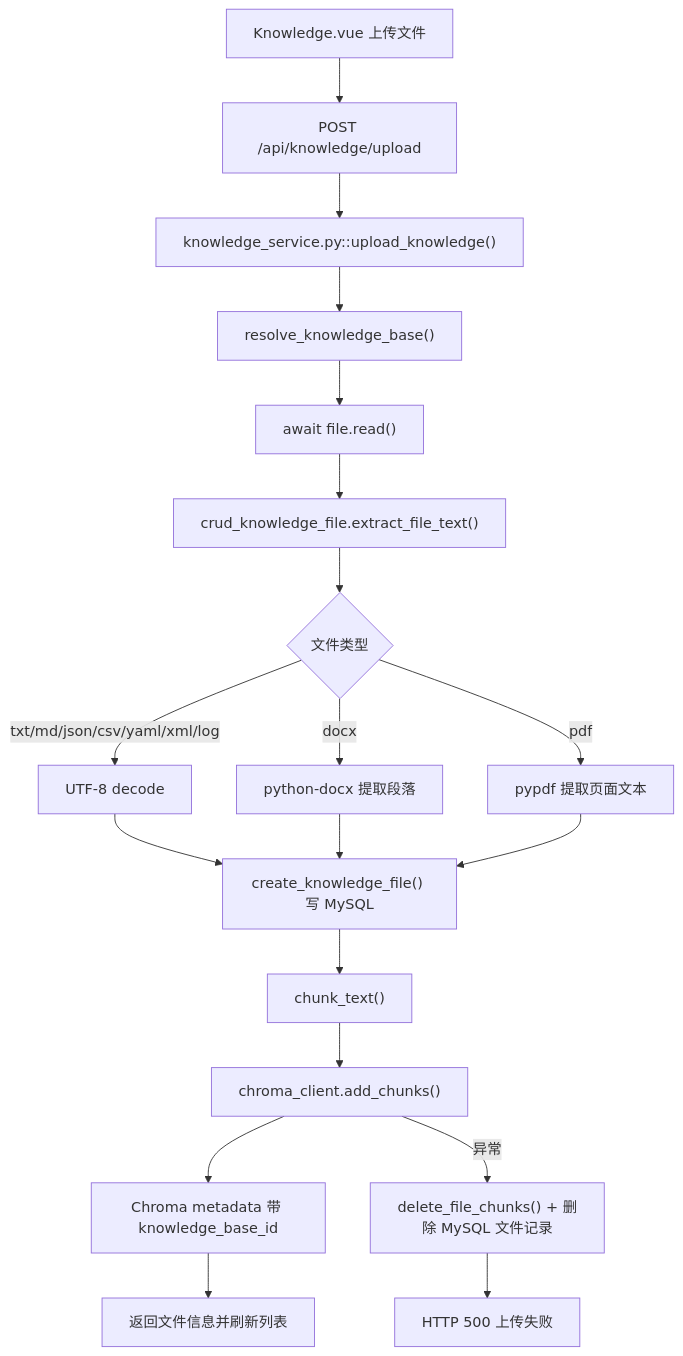
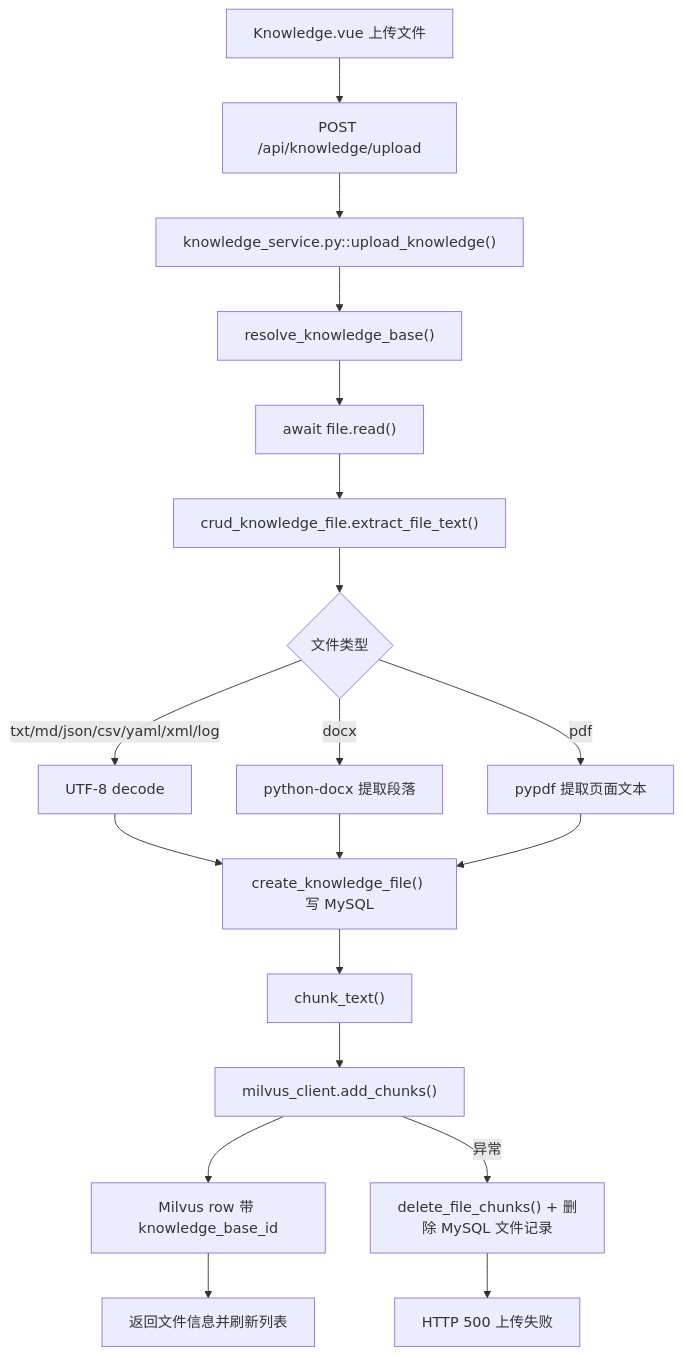
The fifth of 5 diagrams in docs/PROJECT_FLOW_DIAGRAM.md (baiye-banned/Agent_about_answer), drawn with Mermaid before and after one commit. The commit also changed other lines of this file and 83 other files, not shown here.

````diff
--- a/docs/PROJECT_FLOW_DIAGRAM.md
+++ b/docs/PROJECT_FLOW_DIAGRAM.md
@@ -131,21 +131,21 @@
 ```mermaid
 flowchart TD
   A["Knowledge.vue 上传文件"] --> B["POST /api/knowledge/upload"]
   B --> C["knowledge_service.py::upload_knowledge()"]
   C --> D["resolve_knowledge_base()"]
   D --> E["await file.read()"]
   E --> F["crud_knowledge_file.extract_file_text()"]
   F --> G{"文件类型"}
   G -- "txt/md/json/csv/yaml/xml/log" --> H["UTF-8 decode"]
   G -- "docx" --> I["python-docx 提取段落"]
   G -- "pdf" --> J["pypdf 提取页面文本"]
   H --> K["create_knowledge_file() 写 MySQL"]
   I --> K
   J --> K
   K --> L["chunk_text()"]
-  L --> M["chroma_client.add_chunks()"]
-  M --> N["Chroma metadata 带 knowledge_base_id"]
+  L --> M["milvus_client.add_chunks()"]
+  M --> N["Milvus row 带 knowledge_base_id"]
   M -- "异常" --> O["delete_file_chunks() + 删除 MySQL 文件记录"]
   N --> P["返回文件信息并刷新列表"]
   O --> Q["HTTP 500 上传失败"]
 ```
````
